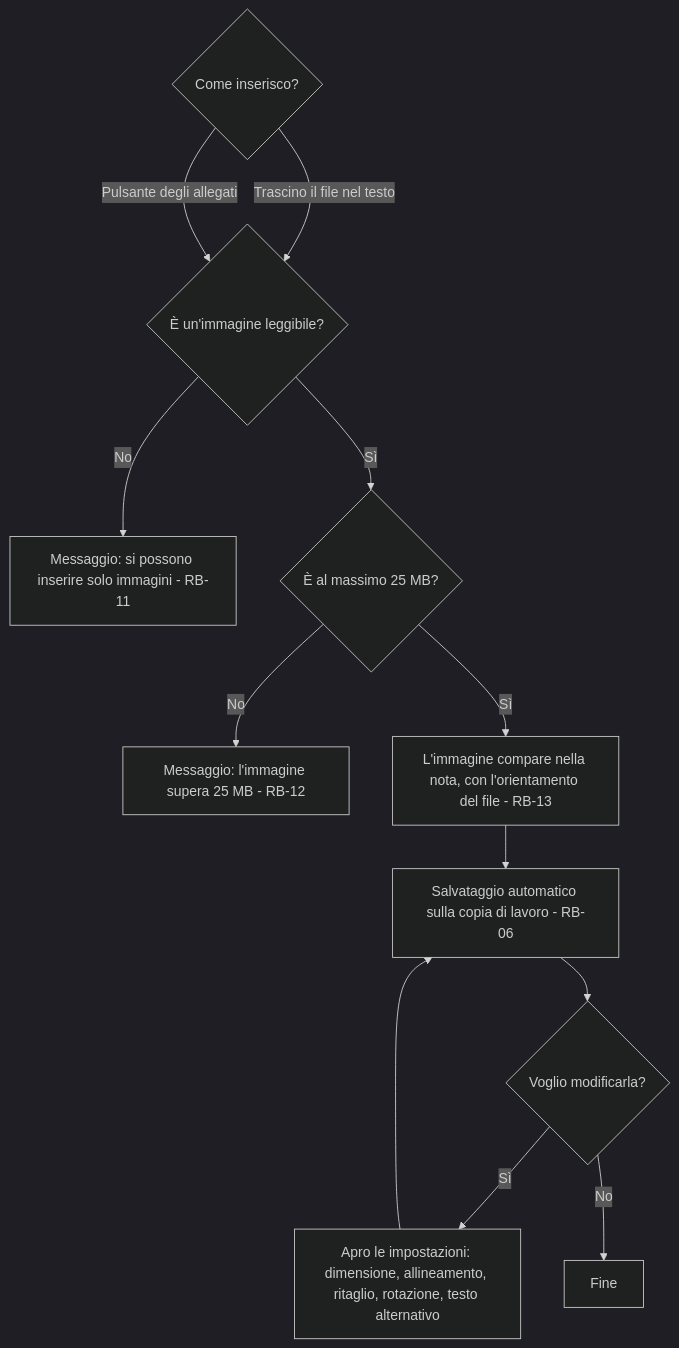
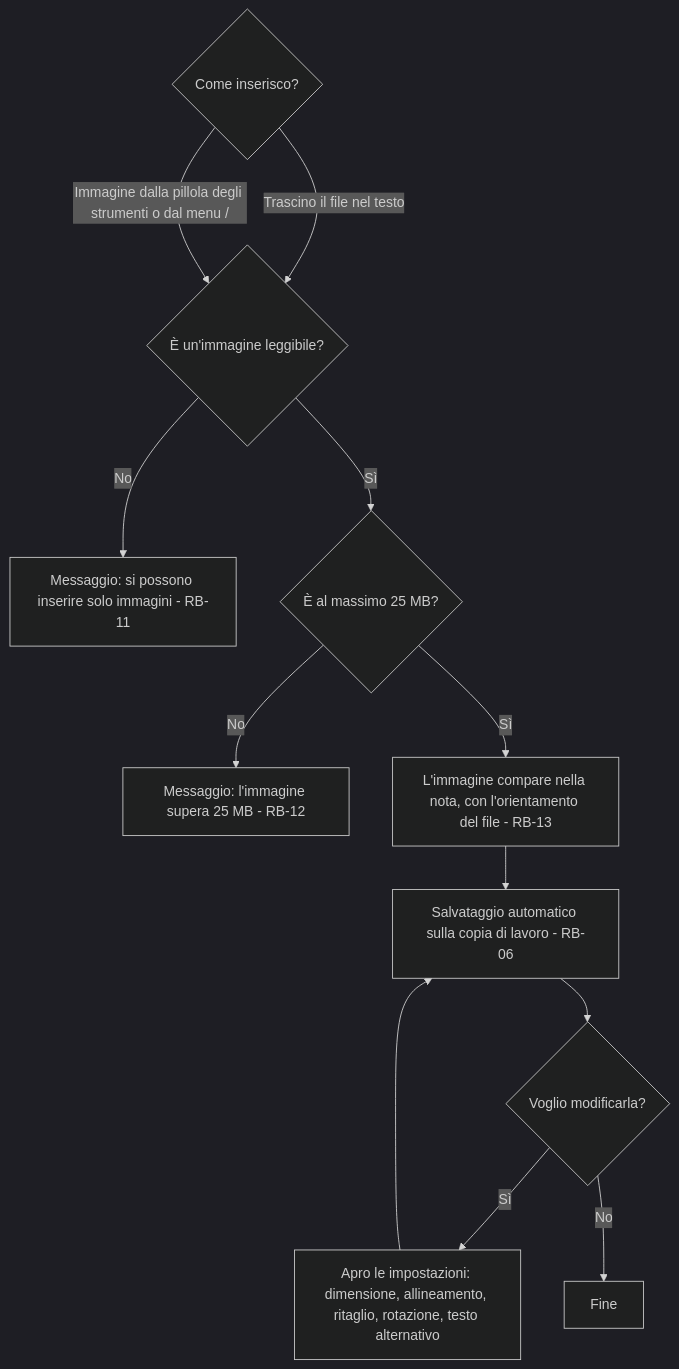
The fourth of 5 diagrams in docs/moduli/note/2-flussi.md (Helmutsti/MemoDu), drawn with Mermaid (dark theme) before and after one commit. The commit also changed other lines of this file and 22 other files, not shown here.

````diff
--- a/docs/moduli/note/2-flussi.md
+++ b/docs/moduli/note/2-flussi.md
@@ -134,14 +133,14 @@
 ```mermaid
 flowchart TD
     A{Come inserisco?} -- Trascino il file nel testo --> B
-    A -- Pulsante degli allegati --> B{È un'immagine leggibile?}
+    A -- Immagine dalla pillola degli strumenti o dal menu / --> B{È un'immagine leggibile?}
     B -- No --> X[Messaggio: si possono inserire solo immagini - RB-11]
     B -- Sì --> C{È al massimo 25 MB?}
     C -- No --> Y[Messaggio: l'immagine supera 25 MB - RB-12]
     C -- Sì --> D[L'immagine compare nella nota, con l'orientamento del file - RB-13]
     D --> E[Salvataggio automatico sulla copia di lavoro - RB-06]
     E --> F{Voglio modificarla?}
     F -- Sì --> G[Apro le impostazioni: dimensione, allineamento, ritaglio, rotazione, testo alternativo]
     G --> E
     F -- No --> H[Fine]
 ```
````
